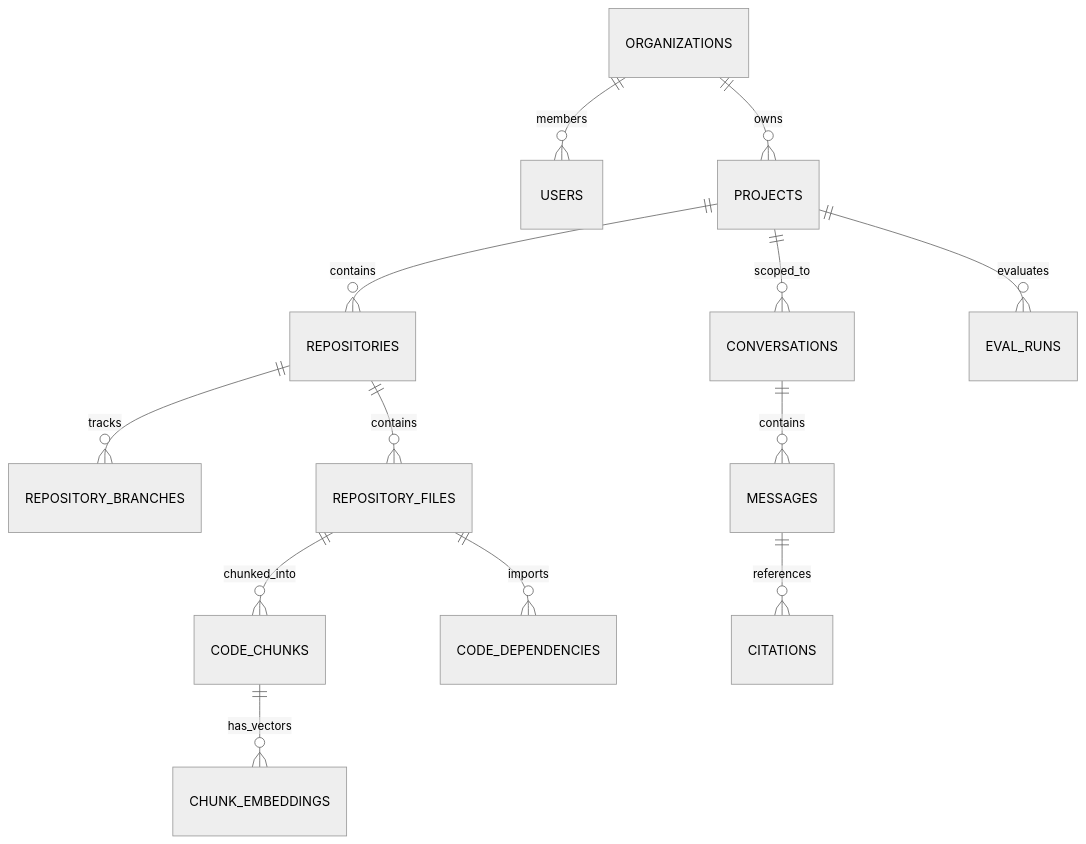
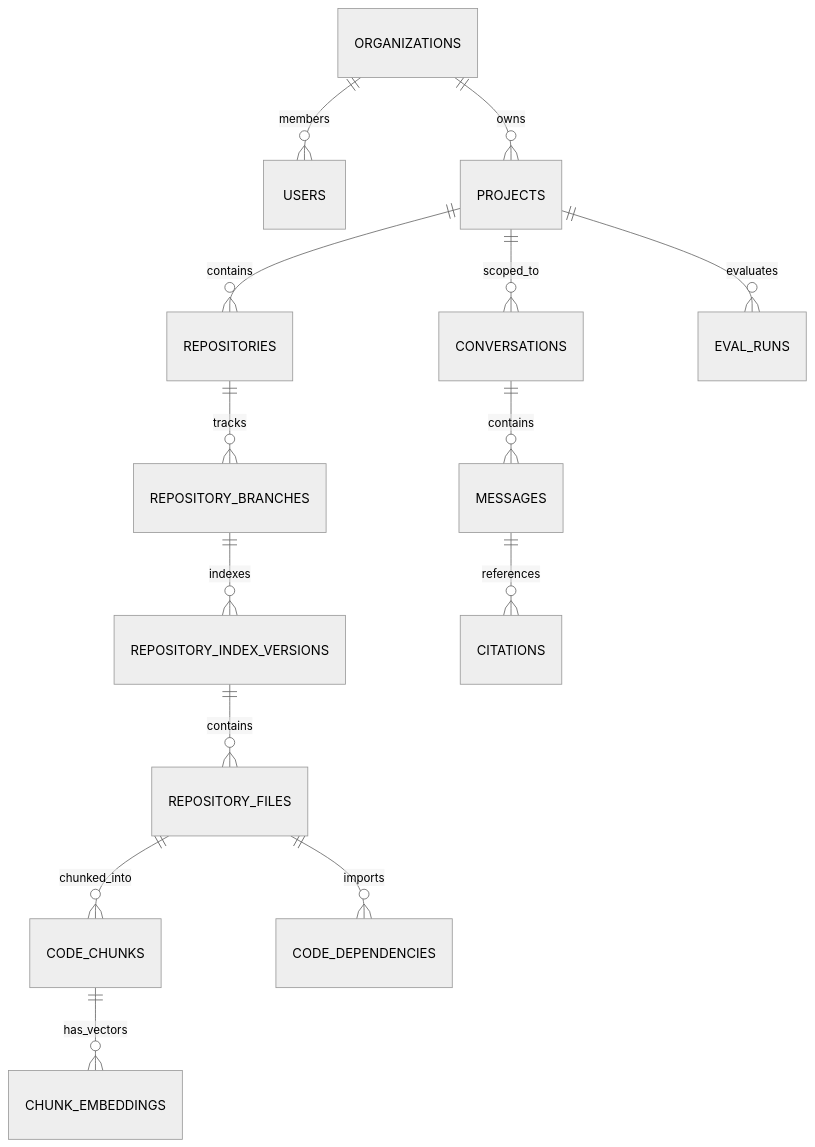
One commit to arth2004/ForgeAI changed the second of 3 diagrams in docs/architecture.md. Above: the diagram before and after it, drawn with Mermaid (neutral theme). The commit also changed other lines of this file and 2 other files, not shown here.

Commit message:
docs(phase-3): update Phase 3 architecture with atomic index versioning, gemini-embedding-2, and streaming ingestion

````diff
--- a/docs/architecture.md
+++ b/docs/architecture.md
@@ -173,15 +168,16 @@
 ```mermaid
 erDiagram
     ORGANIZATIONS ||--o{ USERS : "members"
     ORGANIZATIONS ||--o{ PROJECTS : "owns"
     PROJECTS ||--o{ REPOSITORIES : "contains"
     REPOSITORIES ||--o{ REPOSITORY_BRANCHES : "tracks"
-    REPOSITORIES ||--o{ REPOSITORY_FILES : "contains"
+    REPOSITORY_BRANCHES ||--o{ REPOSITORY_INDEX_VERSIONS : "indexes"
+    REPOSITORY_INDEX_VERSIONS ||--o{ REPOSITORY_FILES : "contains"
     REPOSITORY_FILES ||--o{ CODE_CHUNKS : "chunked_into"
     REPOSITORY_FILES ||--o{ CODE_DEPENDENCIES : "imports"
     CODE_CHUNKS ||--o{ CHUNK_EMBEDDINGS : "has_vectors"
     PROJECTS ||--o{ CONVERSATIONS : "scoped_to"
     CONVERSATIONS ||--o{ MESSAGES : "contains"
     MESSAGES ||--o{ CITATIONS : "references"
     PROJECTS ||--o{ EVAL_RUNS : "evaluates"
 ```
````
